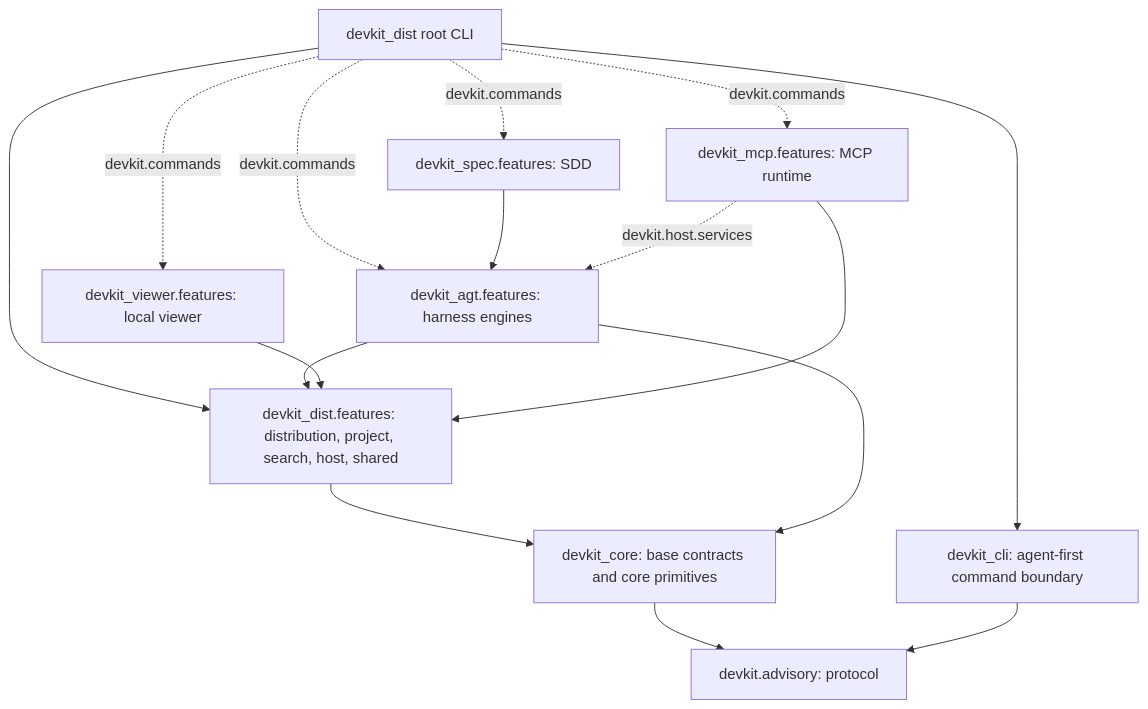
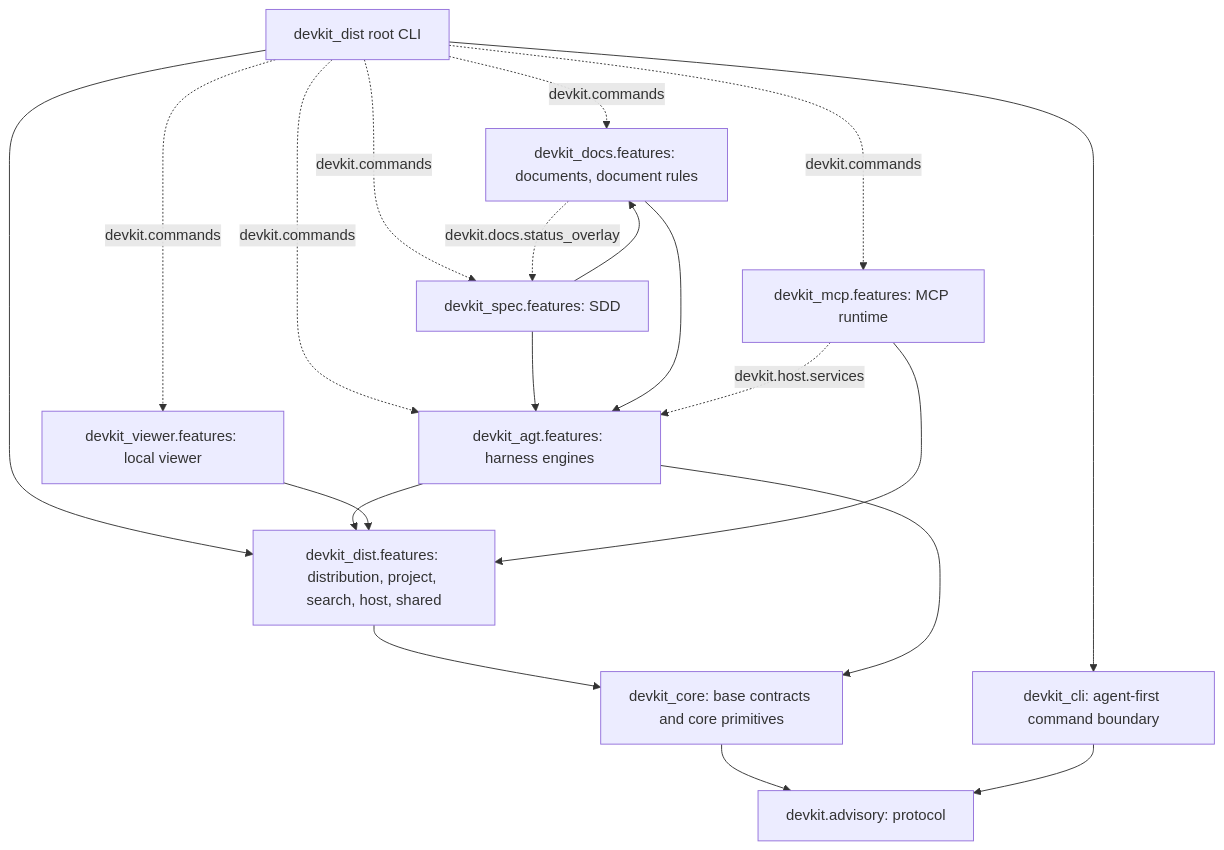
Before and after one commit to mjkimR/devkit: the diagram in docs/architecture/ARCH-05-2-components.md, drawn with Mermaid. The commit also changed other lines of this file and 39 other files, not shown here.

First line of the commit message:
docs: describe the devkit-docs package in the Living Spec

````diff
--- a/docs/architecture/ARCH-05-2-components.md
+++ b/docs/architecture/ARCH-05-2-components.md
@@ -23,27 +24,32 @@
 ```mermaid
 graph TD
     CLI["devkit_dist root CLI"]
     Agt["devkit_agt.features: harness engines"]
+    Docs["devkit_docs.features: documents, document rules"]
     Spec["devkit_spec.features: SDD"]
     Viewer["devkit_viewer.features: local viewer"]
     Mcp["devkit_mcp.features: MCP runtime"]
     Dist["devkit_dist.features: distribution, project, search, host, shared"]
     Core["devkit_core: base contracts and core primitives"]
     Advisory["devkit.advisory: protocol"]
     Toolkit["devkit_cli: agent-first command boundary"]
     CLI --> Dist
     CLI --> Toolkit
     CLI -.->|devkit.commands| Agt
+    CLI -.->|devkit.commands| Docs
     CLI -.->|devkit.commands| Spec
     CLI -.->|devkit.commands| Viewer
     CLI -.->|devkit.commands| Mcp
+    Spec --> Docs
     Spec --> Agt
+    Docs --> Agt
+    Docs -.->|devkit.docs.status_overlay| Spec
     Agt --> Dist
     Viewer --> Dist
     Mcp --> Dist
     Dist --> Core
     Agt --> Core
     Core --> Advisory
     Toolkit --> Advisory
     Mcp -.->|devkit.host.services| Agt
 ```
````
